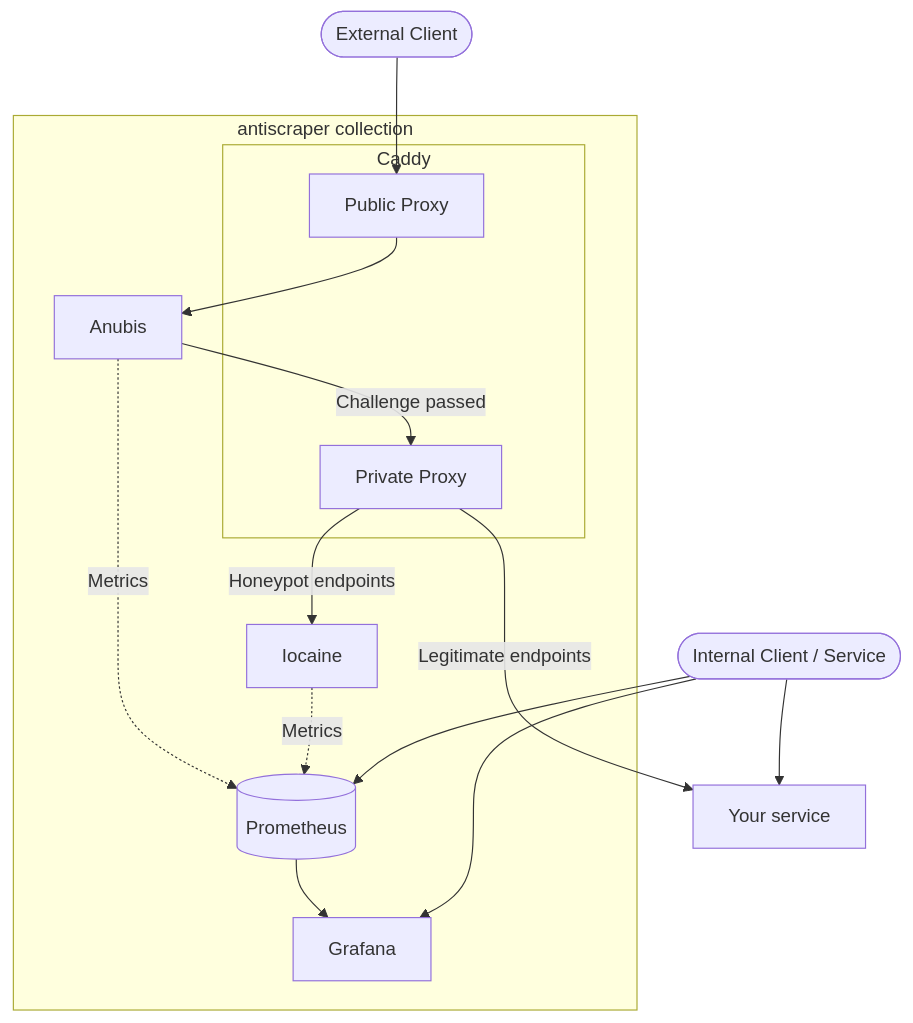
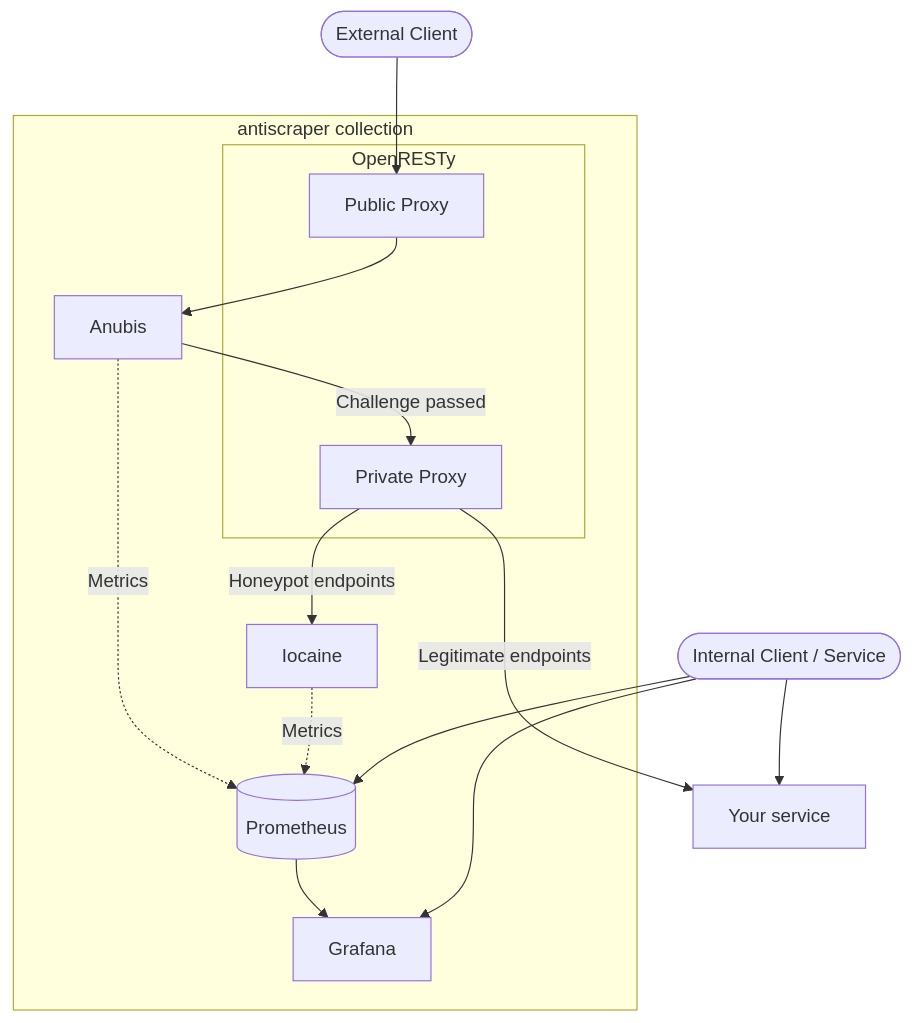
Before and after one commit to cptlobster/bene-gesserit: the diagram in README.md, drawn with Mermaid. The commit also changed other lines of this file, not shown here.

````diff
--- a/README.md
+++ b/README.md
@@ -27,32 +27,32 @@
 ```mermaid
 graph TD
     EXT([External Client])
     INT([Internal Client / Service])
 
     subgraph AS[antiscraper collection]
         ANU[Anubis]
-        CAD[Caddy]
-        subgraph CAD[Caddy]
+        OPR[OpenRESTy]
+        subgraph OPR[OpenRESTy]
             PUB[Public Proxy]
             PRV[Private Proxy]
         end
         IOC[Iocaine]
 
         PROM[(Prometheus)]
         GRF[Grafana]
     end
 
     SVC[Your service]
 
     EXT --> PUB
     PUB --> ANU
     INT --> SVC
     ANU -->|Challenge passed| PRV
     PRV -->|Legitimate endpoints| SVC
     PRV -->|Honeypot endpoints| IOC
 
     ANU & IOC -.->|Metrics| PROM
     PROM --> GRF
     INT --> GRF
     INT --> PROM
 ```
````
